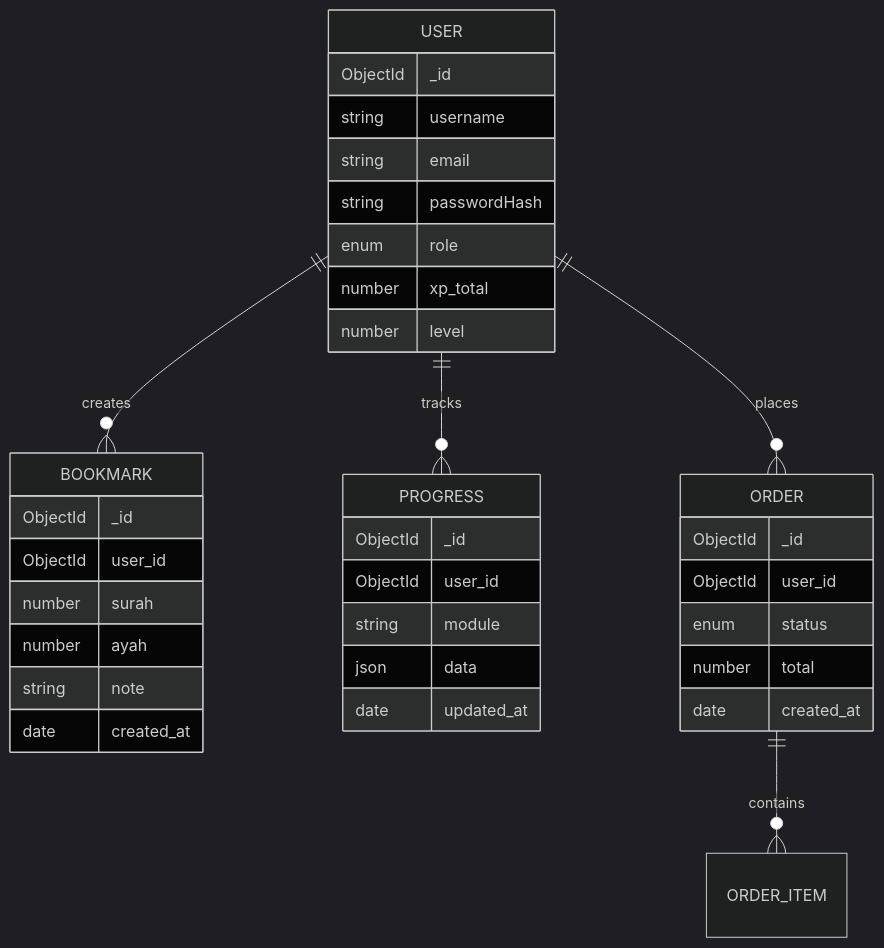
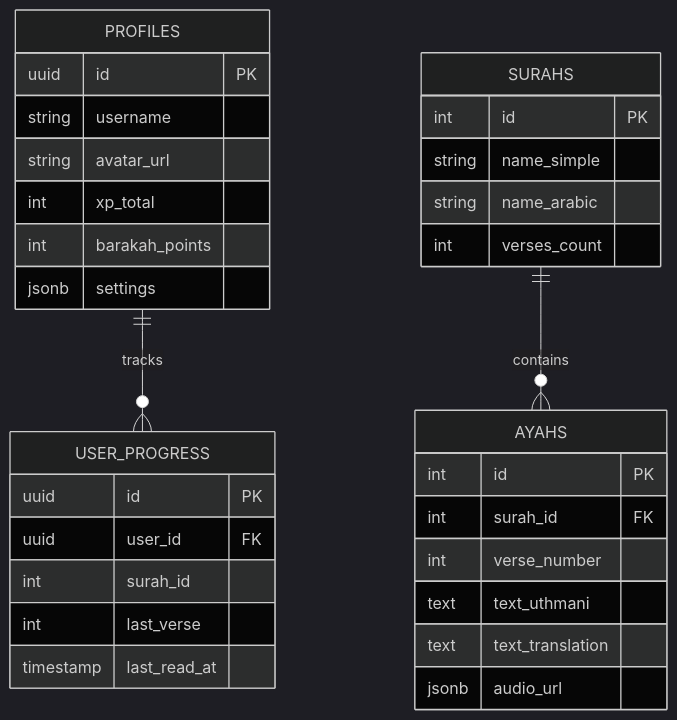
The second of 2 diagrams in Architecture.md (thisisniagahub/QuranPulse-v6.0), drawn with Mermaid (dark theme) before and after one commit. The commit also changed other lines of this file, not shown here.

Commit message:
docs: add comprehensive system architecture

````diff
--- a/Architecture.md
+++ b/Architecture.md
@@ -337,41 +73,37 @@
 ```mermaid
 erDiagram
-    USER ||--o{ BOOKMARK : creates
-    USER ||--o{ PROGRESS : tracks
-    USER ||--o{ ORDER : places
-    USER {
-        ObjectId _id
+    PROFILES ||--o{ USER_PROGRESS : tracks
+    PROFILES {
+        uuid id PK
         string username
-        string email
-        string passwordHash
-        enum role
-        number xp_total
-        number level
+        string avatar_url
+        int xp_total
+        int barakah_points
+        jsonb settings
     }
     
-    BOOKMARK {
-        ObjectId _id
-        ObjectId user_id
-        number surah
-        number ayah
-        string note
-        date created_at
+    SURAHS ||--o{ AYAHS : contains
+    SURAHS {
+        int id PK
+        string name_simple
+        string name_arabic
+        int verses_count
     }
     
-    PROGRESS {
-        ObjectId _id
-        ObjectId user_id
-        string module
-        json data
-        date updated_at
+    AYAHS {
+        int id PK
+        int surah_id FK
+        int verse_number
+        text text_uthmani
+        text text_translation
+        jsonb audio_url
     }
     
-    ORDER ||--o{ ORDER_ITEM : contains
-    ORDER {
-        ObjectId _id
-        ObjectId user_id
-        enum status
-        number total
-        date created_at
+    USER_PROGRESS {
+        uuid id PK
+        uuid user_id FK
+        int surah_id
+        int last_verse
+        timestamp last_read_at
     }
 ```
````
